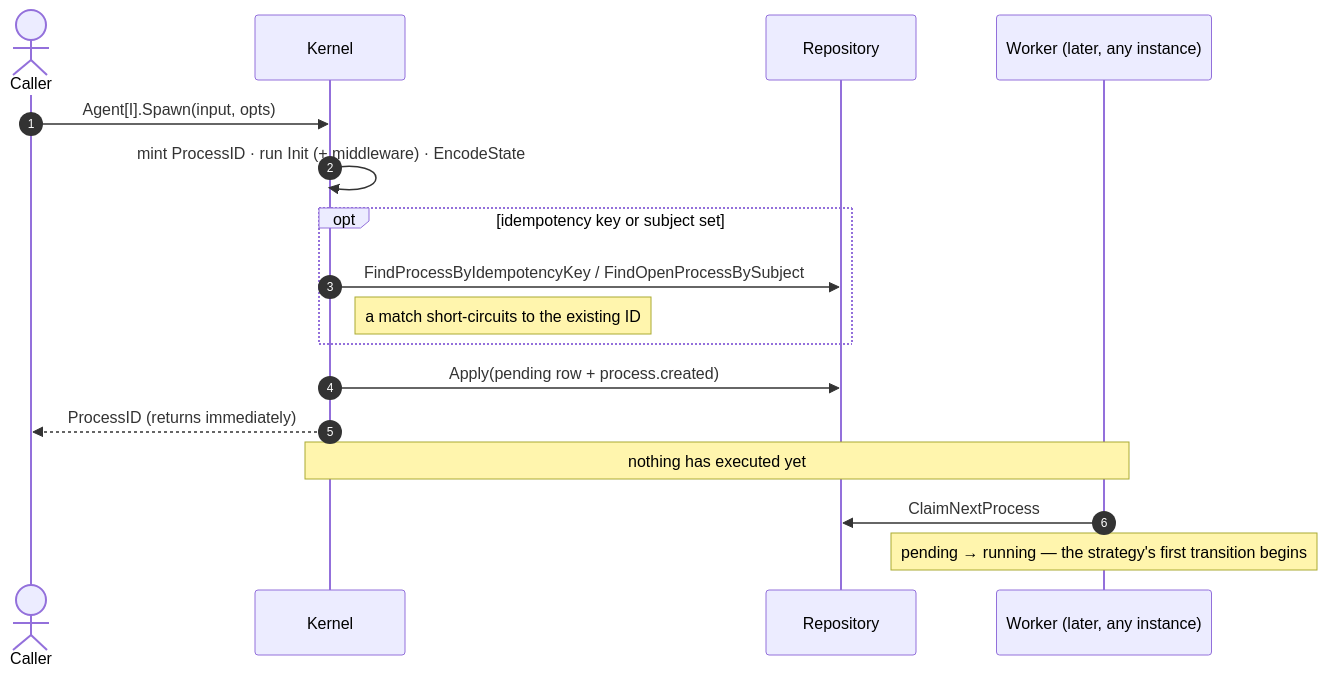
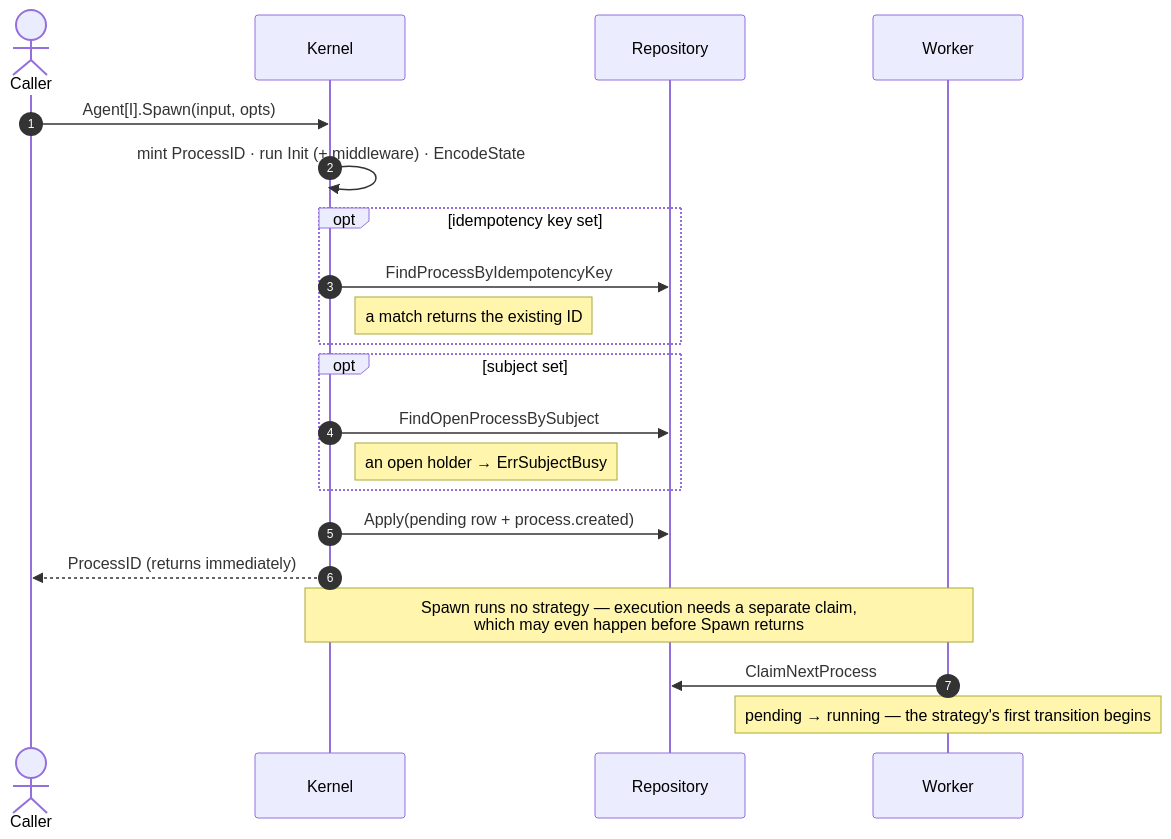
Before and after one commit to gollem-dev/agentkit: the second of 5 diagrams in docs/design/process-lifecycle.md, drawn with Mermaid. The commit also changed other lines of this file, not shown here.

Commit message:
docs: correct lifecycle diagram accuracy on spawn guards, deadline claim path, cancel fencing, and children elision

````diff
--- a/docs/design/process-lifecycle.md
+++ b/docs/design/process-lifecycle.md
@@ -58,20 +62,24 @@
 ```mermaid
 sequenceDiagram
   autonumber
   actor App as Caller
   participant K as Kernel
   participant R as Repository
-  participant W as Worker (later, any instance)
+  participant W as Worker
 
   App->>K: Agent[I].Spawn(input, opts)
   K->>K: mint ProcessID · run Init (+ middleware) · EncodeState
-  opt idempotency key or subject set
-    K->>R: FindProcessByIdempotencyKey / FindOpenProcessBySubject
-    Note right of K: a match short-circuits to the existing ID
+  opt idempotency key set
+    K->>R: FindProcessByIdempotencyKey
+    Note right of K: a match returns the existing ID
+  end
+  opt subject set
+    K->>R: FindOpenProcessBySubject
+    Note right of K: an open holder → ErrSubjectBusy
   end
   K->>R: Apply(pending row + process.created)
   K-->>App: ProcessID (returns immediately)
-  Note over K,W: nothing has executed yet
+  Note over K,W: Spawn runs no strategy — execution needs a separate claim,<br/>which may even happen before Spawn returns
   W->>R: ClaimNextProcess
   Note over W: pending → running — the strategy's first transition begins
 ```
````
